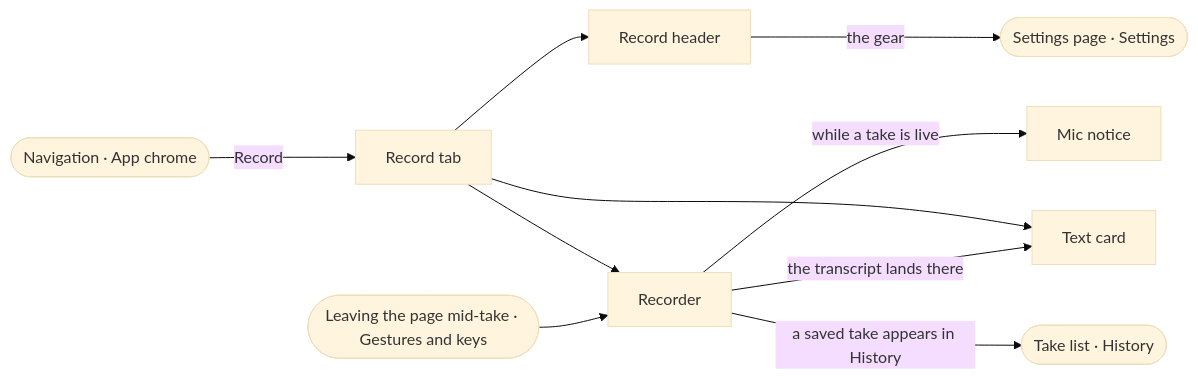
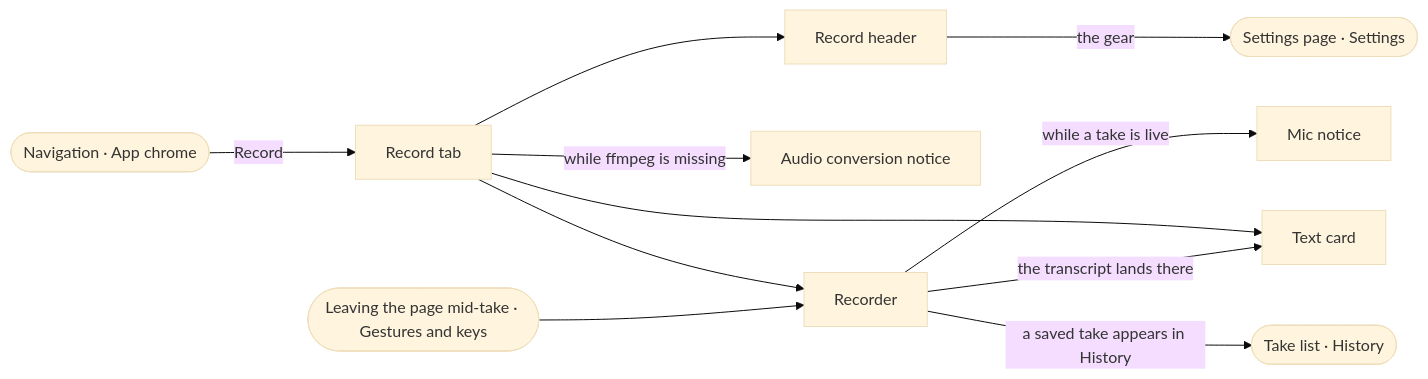
Before and after one commit to ferraroroberto/voice-transcriber: the second of 5 diagrams in docs/ux-surface-map.md, drawn with Mermaid (base theme). The commit also changed other lines of this file and 27 other files, not shown here.

First line of the commit message:
feat: offer the ffmpeg install command when conversion is unavailable (#558)

````diff
--- a/docs/ux-surface-map.md
+++ b/docs/ux-surface-map.md
@@ -115,21 +115,23 @@
 ```mermaid
 flowchart LR
   s5["Record tab"]
   s6["Record header"]
-  s7["Recorder"]
-  s8["Mic notice"]
-  s9["Text card"]
+  s7["Audio conversion notice"]
+  s8["Recorder"]
+  s9["Mic notice"]
+  s10["Text card"]
   s0(["Navigation · App chrome"])
-  s20(["Settings page · Settings"])
-  s13(["Take list · History"])
-  s32(["Leaving the page mid-take · Gestures and keys"])
+  s21(["Settings page · Settings"])
+  s14(["Take list · History"])
+  s33(["Leaving the page mid-take · Gestures and keys"])
   s0 -->|"Record"| s5
   s5 --> s6
-  s5 --> s7
-  s5 --> s9
-  s6 -->|"the gear"| s20
-  s7 -->|"while a take is live"| s8
-  s7 -->|"the transcript lands there"| s9
-  s7 -->|"a saved take appears in History"| s13
-  s32 --> s7
+  s5 -->|"while ffmpeg is missing"| s7
+  s5 --> s8
+  s5 --> s10
+  s6 -->|"the gear"| s21
+  s8 -->|"while a take is live"| s9
+  s8 -->|"the transcript lands there"| s10
+  s8 -->|"a saved take appears in History"| s14
+  s33 --> s8
 ```
````
